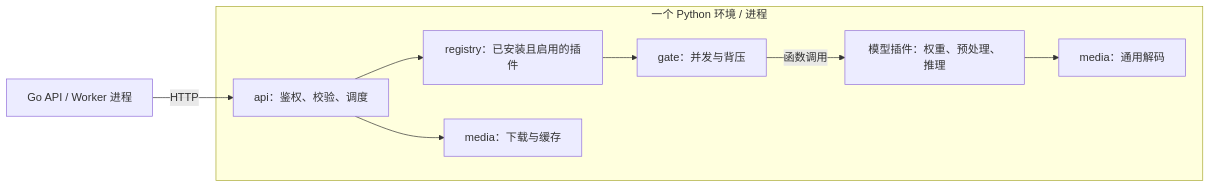
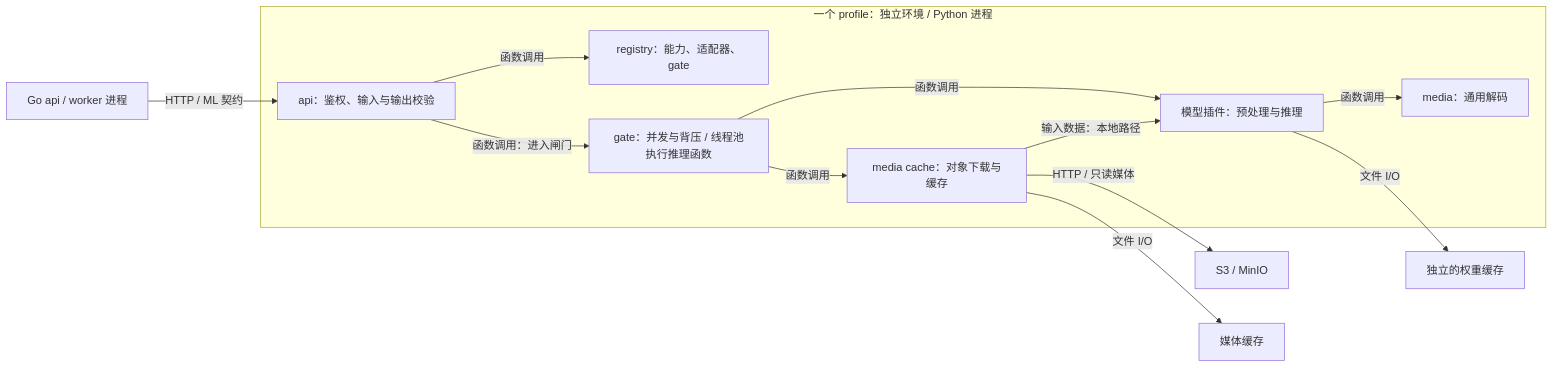
The fifth of 6 diagrams in docs/spec.md (realOzine/videohelper), drawn with Mermaid before and after one commit. The commit also changed other lines of this file, not shown here.

````diff
--- a/docs/spec.md
+++ b/docs/spec.md
@@ -2258,11 +2193,15 @@
 ```mermaid
 flowchart LR
-  G["Go API / Worker 进程"] -->|HTTP| R
-  subgraph P["一个 Python 环境 / 进程"]
-    R["api：鉴权、校验、调度"] --> REG["registry：已安装且启用的插件"]
-    R --> C["media：下载与缓存"]
-    REG --> GT["gate：并发与背压"]
-    GT -->|函数调用| A["模型插件：权重、预处理、推理"]
-    A --> D["media：通用解码"]
+  G["Go api / worker 进程"] -->|"HTTP / ML 契约"| R
+  subgraph P["一个 profile：独立环境 / Python 进程"]
+    R["api：鉴权、输入与输出校验"] -->|函数调用| REG["registry：能力、适配器、gate"]
+    R -->|"函数调用：进入闸门"| GT["gate：并发与背压 / 线程池执行推理函数"]
+    GT -->|函数调用| C["media cache：对象下载与缓存"]
+    GT -->|函数调用| A["模型插件：预处理与推理"]
+    C -->|"输入数据：本地路径"| A
+    A -->|函数调用| D["media：通用解码"]
   end
+  C -->|"HTTP / 只读媒体"| S["S3 / MinIO"]
+  C -->|"文件 I/O"| F["媒体缓存"]
+  A -->|"文件 I/O"| W["独立的权重缓存"]
 ```
````
